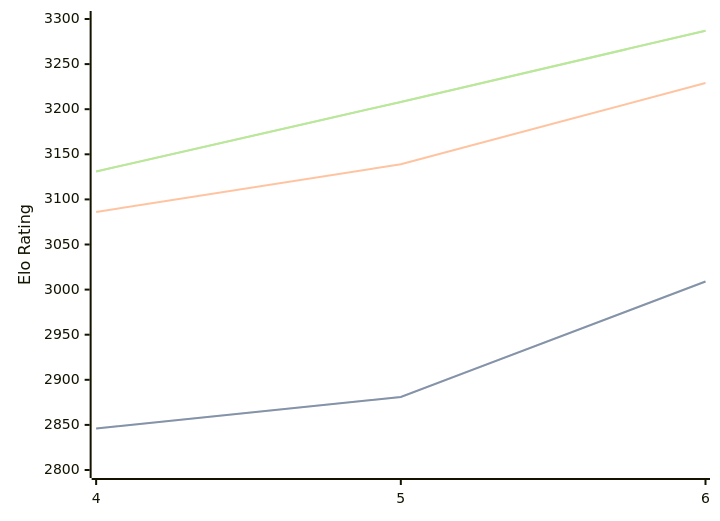
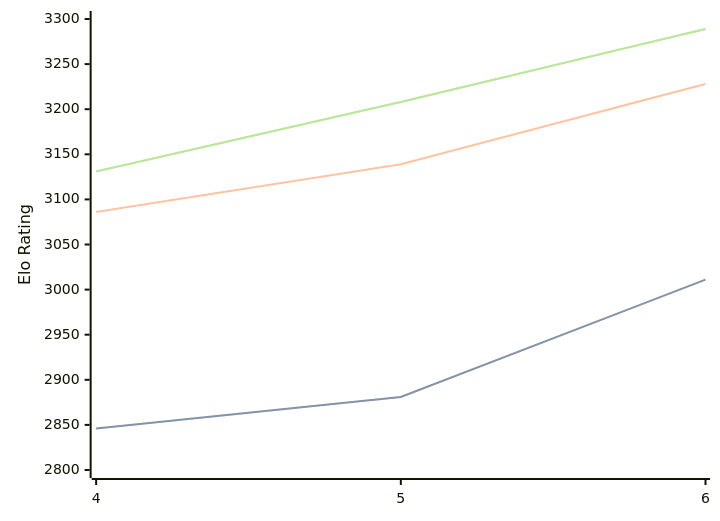
One commit to computer-chess-index/cci changed the diagram in engines/Cwtch.md. Above: the diagram before and after it, drawn with Mermaid. The commit also changed other lines of this file, not shown here.

Commit message:
Update CCI Ratings (ELO VLTC) - 2026-08-27

````diff
--- a/engines/Cwtch.md
+++ b/engines/Cwtch.md
@@ -34,11 +34,11 @@
 ```mermaid
 %%{init: {"theme":"base","themeVariables":{"seriesColors:['#a3a3a3','#222221','#faa371']}}}%%
 xychart-beta
   x-axis ["4", "5", "6"]
   y-axis "Elo Rating" 2800 --> 3300
-  line "STC (8.0+0.08s)" [2846, 2881, 3009]
-  line "STC (8.0+0.08s)" [2846, 2881, 3009]
-  line "LTC (60.0+0.60s)" [3086, 3139, 3229]
-  line "VLTC (2m24s+1.12s)" [3131, 3208, 3287]
-  line "VLTC (2m24s+1.12s)" [3131, 3208, 3287]
+  line "STC (8.0+0.08s)" [2846, 2881, 3011]
+  line "STC (8.0+0.08s)" [2846, 2881, 3011]
+  line "LTC (60.0+0.60s)" [3086, 3139, 3228]
+  line "VLTC (2m24s+1.12s)" [3131, 3208, 3289]
+  line "VLTC (2m24s+1.12s)" [3131, 3208, 3289]
 ```
````
